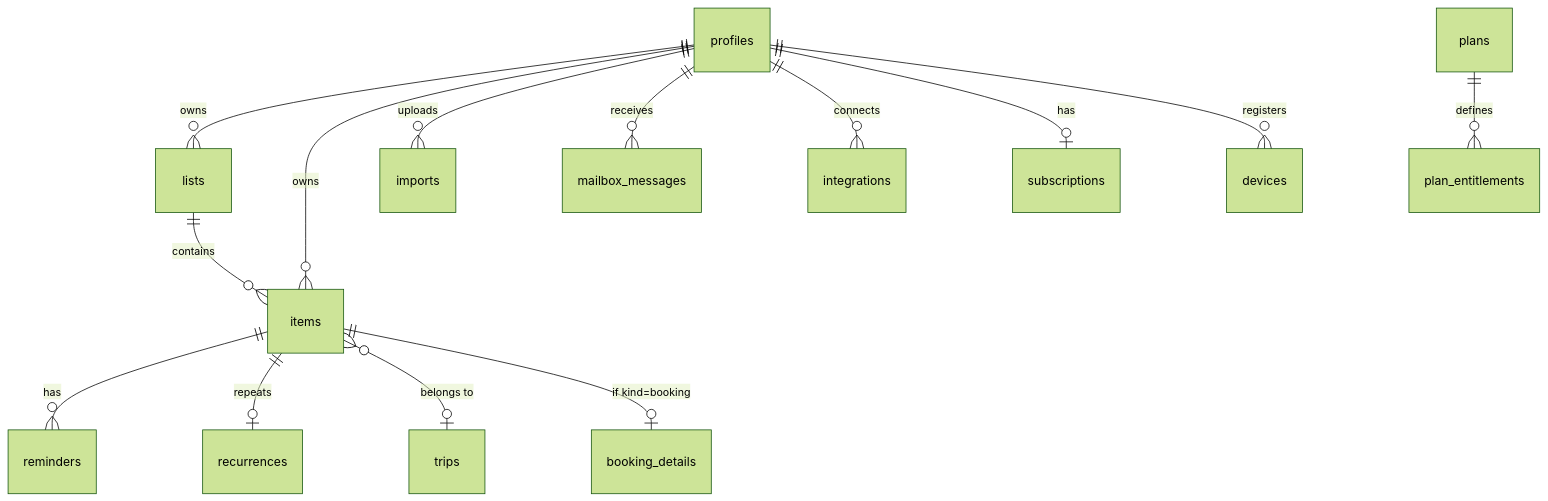
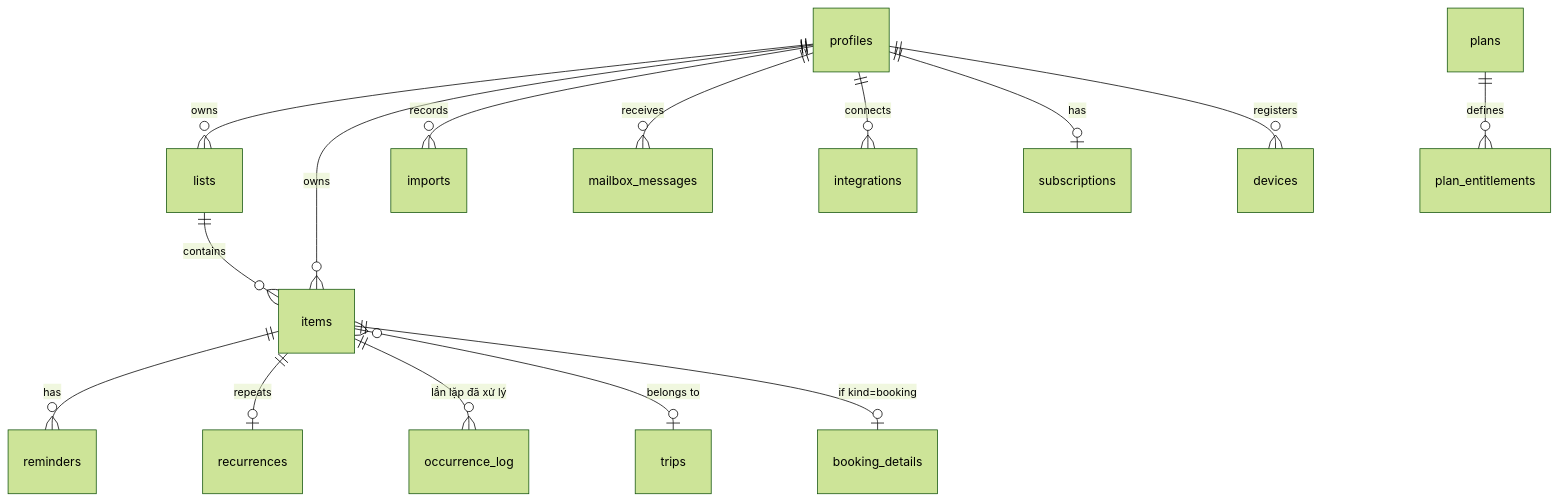
One commit to ducpham2806/RemindMe changed the diagram in docs/architecture/data-model.md. Above: the diagram before and after it, drawn with Mermaid (forest theme). The commit also changed other lines of this file and 24 other files, not shown here.

````diff
--- a/docs/architecture/data-model.md
+++ b/docs/architecture/data-model.md
@@ -9,16 +8,17 @@
 ```mermaid
 erDiagram
   profiles ||--o{ lists : owns
   profiles ||--o{ items : owns
   lists ||--o{ items : contains
   items ||--o{ reminders : has
   items ||--o| recurrences : repeats
+  items ||--o{ occurrence_log : "lần lặp đã xử lý"
   items }o--o| trips : "belongs to"
   items ||--o| booking_details : "if kind=booking"
-  profiles ||--o{ imports : uploads
+  profiles ||--o{ imports : records
   profiles ||--o{ mailbox_messages : receives
   profiles ||--o{ integrations : connects
   profiles ||--o| subscriptions : has
   plans ||--o{ plan_entitlements : defines
   profiles ||--o{ devices : registers
 ```
````
